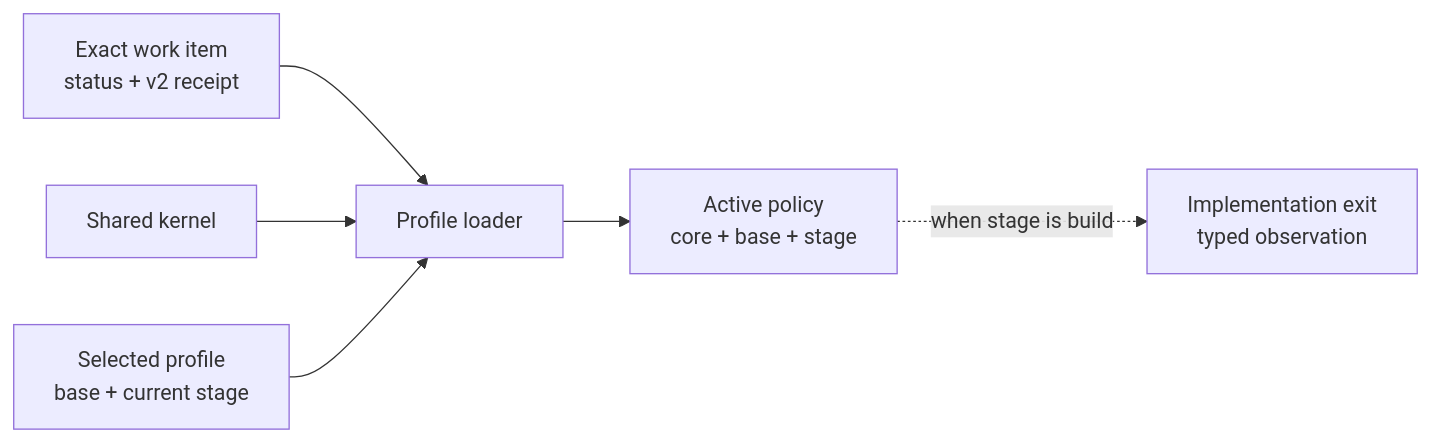
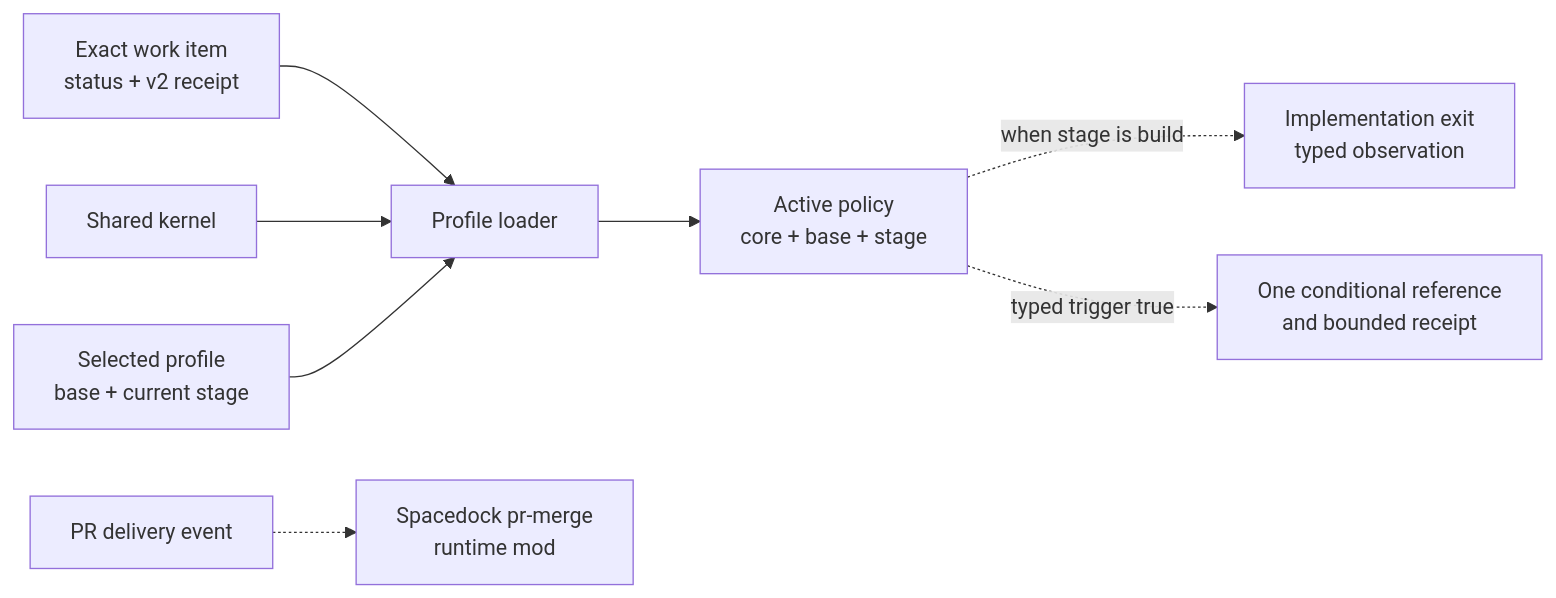
The first of 3 diagrams in ARCHITECTURE.md (iamcxa/kc-claude-plugins), drawn with Mermaid before and after one commit. The commit also changed other lines of this file and 21 other files, not shown here.

Commit message:
refactor(kc-dev-flow): retire absorbed workflow mods

````diff
--- a/ARCHITECTURE.md
+++ b/ARCHITECTURE.md
@@ -31,8 +32,10 @@
 ```mermaid
 flowchart LR
     W["Exact work item<br/>status + v2 receipt"] --> L[Profile loader]
     K[Shared kernel] --> L
     P["Selected profile<br/>base + current stage"] --> L
     L --> C["Active policy<br/>core + base + stage"]
     C -. "when stage is build" .-> X["Implementation exit<br/>typed observation"]
+    C -. "typed trigger true" .-> R["One conditional reference<br/>and bounded receipt"]
+    D["PR delivery event"] -.-> M["Spacedock pr-merge<br/>runtime mod"]
 ```
````
